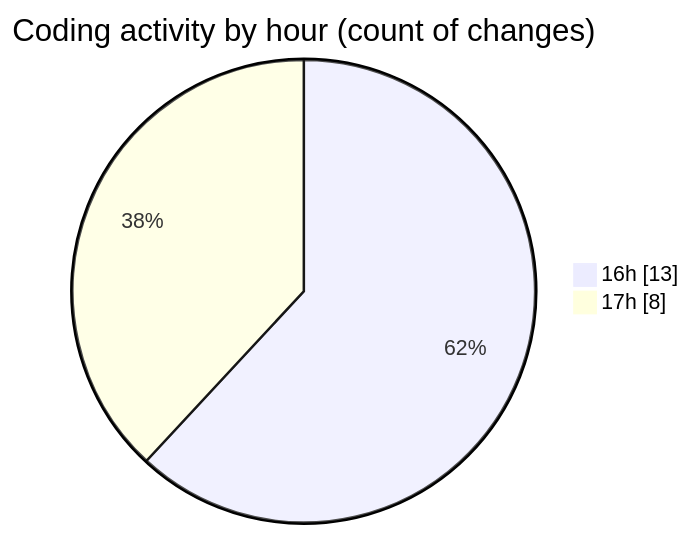
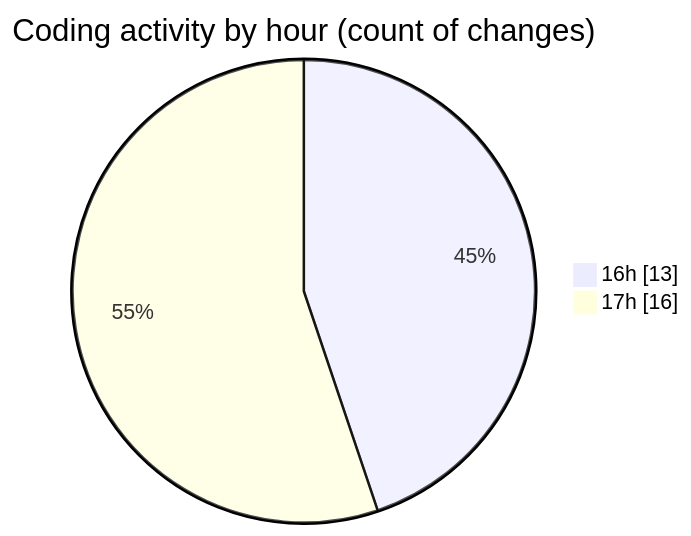
One commit to debugP/code-tracking changed the second of 2 diagrams in 2026-01-13/plugins__workspace_/README.md. Above: the diagram before and after it, drawn with Mermaid. The commit also changed other lines of this file and 1 other file, not shown here.

````diff
--- a/2026-01-13/plugins__workspace_/README.md
+++ b/2026-01-13/plugins__workspace_/README.md
@@ -28,6 +28,6 @@
 ```mermaid
 pie showData
 title Coding activity by hour (count of changes)
 "16h" : 13
-"17h" : 8
+"17h" : 16
 ```
````
